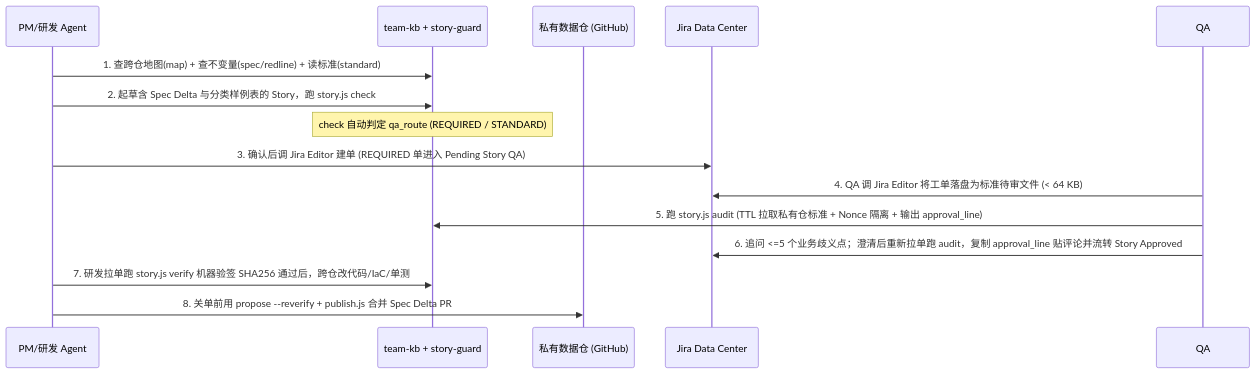
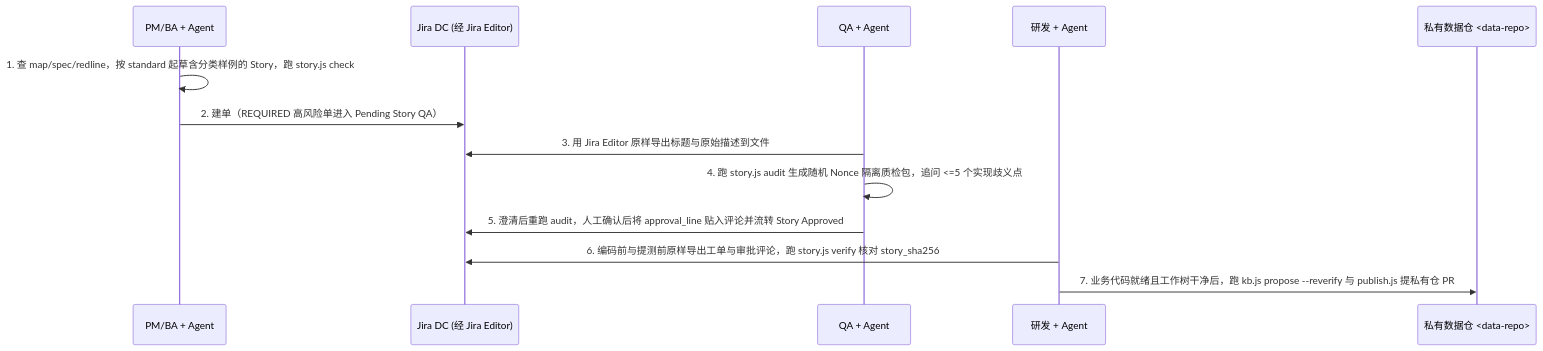
Before and after one commit to ileoliao/agent-repo: the diagram in harbor-team-kb/SPEC_V3.md, drawn with Mermaid. The commit also changed other lines of this file and 34 other files, not shown here.

First line of the commit message:
feat(harbor-team-kb): implement v3 navigation and story governance

````diff
--- a/harbor-team-kb/SPEC_V3.md
+++ b/harbor-team-kb/SPEC_V3.md
@@ -64,17 +95,16 @@
 ```mermaid
 sequenceDiagram
-    participant Dev as PM/研发 Agent
-    participant KB as team-kb + story-guard
-    participant Data as 私有数据仓 (GitHub)
-    participant Jira as Jira Data Center
+    participant PM as PM/BA + Agent
+    participant Jira as Jira DC (经 Jira Editor)
+    participant QA as QA + Agent
+    participant Dev as 研发 + Agent
+    participant Git as 私有数据仓 <data-repo>
 
-    Dev->>KB: 1. 查跨仓地图(map) + 查不变量(spec/redline) + 读标准(standard)
-    Dev->>KB: 2. 起草含 Spec Delta 与分类样例表的 Story，跑 story.js check
-    Note over KB: check 自动判定 qa_route (REQUIRED / STANDARD)
-    Dev->>Jira: 3. 确认后调 Jira Editor 建单 (REQUIRED 单进入 Pending Story QA)
-    QA->>Jira: 4. QA 调 Jira Editor 将工单落盘为标准待审文件 (< 64 KB)
-    QA->>KB: 5. 跑 story.js audit (TTL 拉取私有仓标准 + Nonce 隔离 + 输出 approval_line)
-    QA->>Jira: 6. 追问 <=5 个业务歧义点；澄清后重新拉单跑 audit，复制 approval_line 贴评论并流转 Story Approved
-    Dev->>KB: 7. 研发拉单跑 story.js verify 机器验签 SHA256 通过后，跨仓改代码/IaC/单测
-    Dev->>Data: 8. 关单前用 propose --reverify + publish.js 合并 Spec Delta PR
+    PM->>PM: 1. 查 map/spec/redline，按 standard 起草含分类样例的 Story，跑 story.js check
+    PM->>Jira: 2. 建单（REQUIRED 高风险单进入 Pending Story QA）
+    QA->>Jira: 3. 用 Jira Editor 原样导出标题与原始描述到文件
+    QA->>QA: 4. 跑 story.js audit 生成随机 Nonce 隔离质检包，追问 <=5 个实现歧义点
+    QA->>Jira: 5. 澄清后重跑 audit，人工确认后将 approval_line 贴入评论并流转 Story Approved
+    Dev->>Jira: 6. 编码前与提测前原样导出工单与审批评论，跑 story.js verify 核对 story_sha256
+    Dev->>Git: 7. 业务代码就绪且工作树干净后，跑 kb.js propose --reverify 与 publish.js 提私有仓 PR
 ```
````
